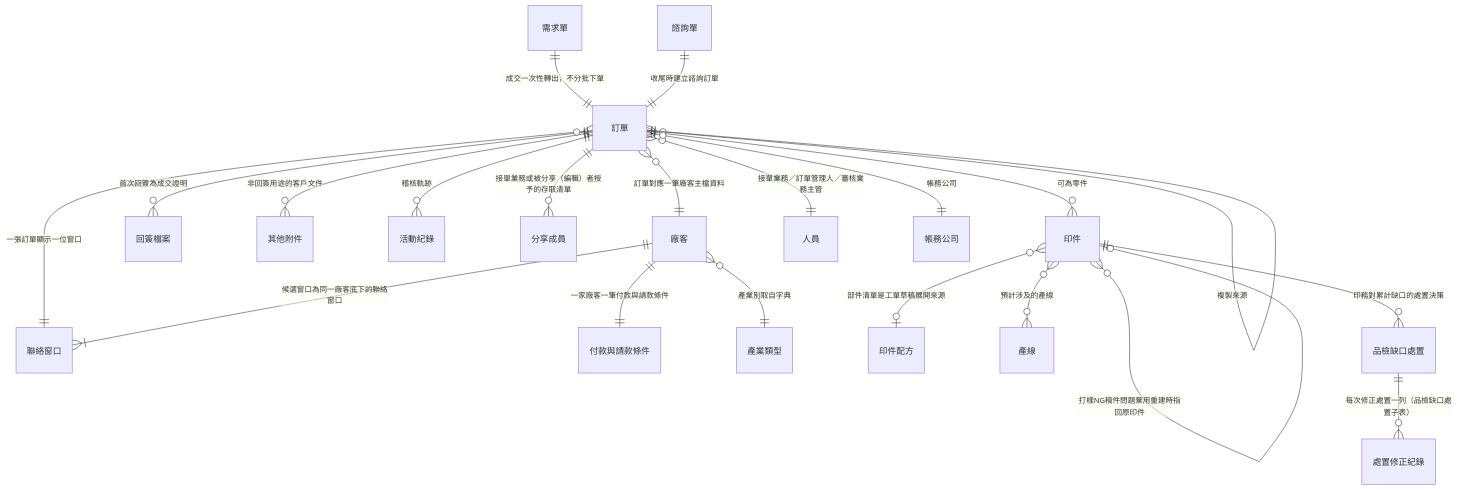
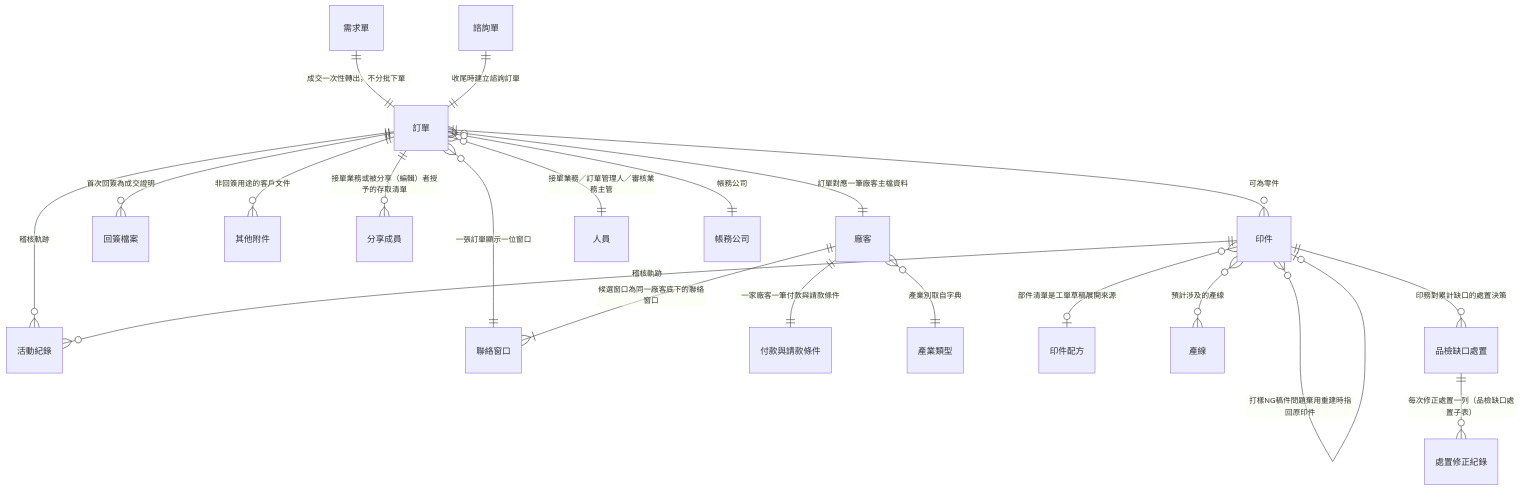
Before and after one commit to Kawato-Miles/erp-spec: the first of 6 diagrams in memory/Sens_wiki/wiki/erp/05-entities/訂單領域資料結構總覽.md, drawn with Mermaid. The commit also changed other lines of this file and 76 other files, not shown here.

````diff
--- a/memory/Sens_wiki/wiki/erp/05-entities/訂單領域資料結構總覽.md
+++ b/memory/Sens_wiki/wiki/erp/05-entities/訂單領域資料結構總覽.md
@@ -29,23 +31,23 @@
 ```mermaid
 erDiagram
     "需求單" ||--|| "訂單" : "成交一次性轉出，不分批下單"
     "諮詢單" ||--|| "訂單" : "收尾時建立諮詢訂單"
     "訂單" ||--o{ "印件" : "可為零件"
-    "訂單" }o--|| "訂單" : "複製來源"
     "訂單" ||--o{ "回簽檔案" : "首次回簽為成交證明"
     "訂單" ||--o{ "其他附件" : "非回簽用途的客戶文件"
     "訂單" ||--o{ "活動紀錄" : "稽核軌跡"
     "訂單" ||--o{ "分享成員" : "接單業務或被分享（編輯）者授予的存取清單"
     "訂單" }o--|| "廠客" : "訂單對應一筆廠客主檔資料"
     "訂單" }o--|| "聯絡窗口" : "一張訂單顯示一位窗口"
     "廠客" ||--|{ "聯絡窗口" : "候選窗口為同一廠客底下的聯絡窗口"
     "廠客" ||--|| "付款與請款條件" : "一家廠客一筆付款與請款條件"
     "廠客" }o--|| "產業類型" : "產業別取自字典"
     "訂單" }o--|| "人員" : "接單業務／訂單管理人／審核業務主管"
     "訂單" }o--|| "帳務公司" : "帳務公司"
     "印件" }o--o| "印件" : "打樣NG稿件問題棄用重建時指回原印件"
     "印件" }o--o| "印件配方" : "部件清單是工單草稿展開來源"
     "印件" }o--o{ "產線" : "預計涉及的產線"
     "印件" ||--o{ "品檢缺口處置" : "印務對累計缺口的處置決策"
     "品檢缺口處置" ||--o{ "處置修正紀錄" : "每次修正處置一列（品檢缺口處置子表）"
+    "印件" ||--o{ "活動紀錄" : "稽核軌跡"
 ```
````
